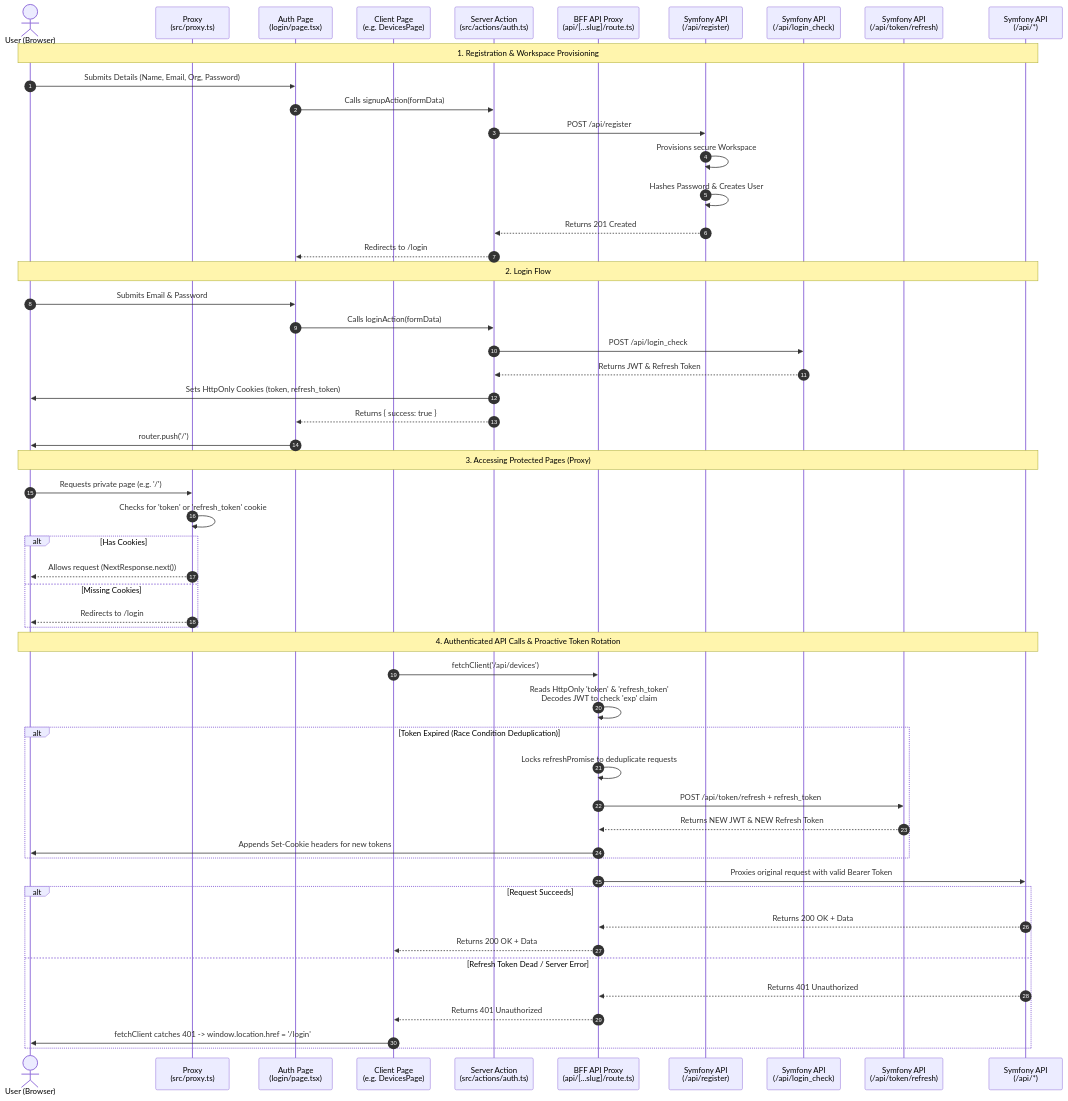
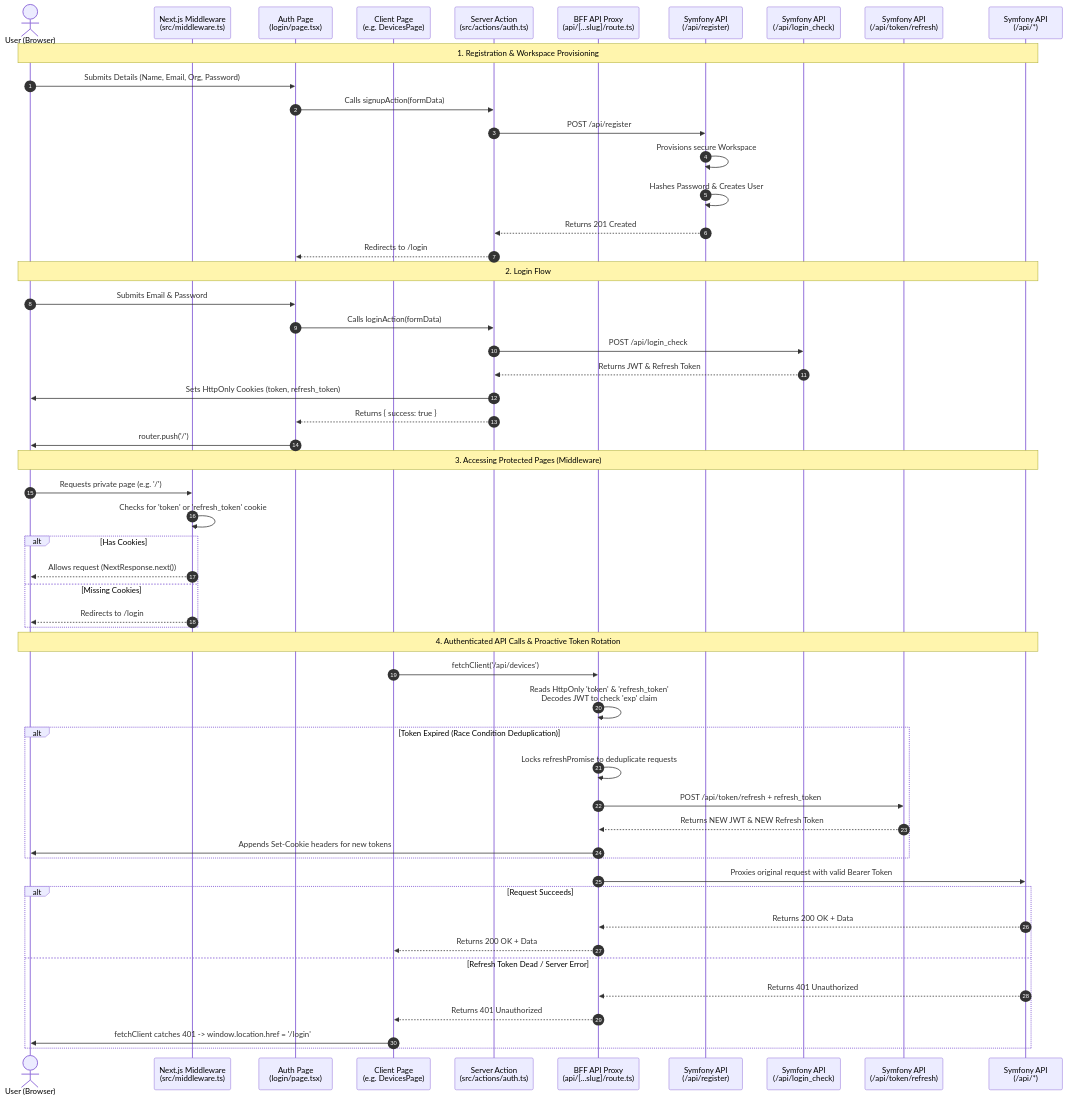
The diagram in authentification_Flow.md (Mohammed-Zrirake/Plaisoram), drawn with Mermaid before and after one commit. The commit also changed other lines of this file and 12 other files, not shown here.

````diff
--- a/authentification_Flow.md
+++ b/authentification_Flow.md
@@ -7,60 +7,60 @@
 ```mermaid
 sequenceDiagram
     autonumber
     actor User as User (Browser)
-    participant NextJS_Middleware as Proxy<br/>(src/proxy.ts)
+    participant NextJS_Middleware as Next.js Middleware<br/>(src/middleware.ts)
     participant NextJS_Page as Auth Page<br/>(login/page.tsx)
     participant NextJS_Client as Client Page<br/>(e.g. DevicesPage)
     participant NextJS_Action as Server Action<br/>(src/actions/auth.ts)
     participant NextJS_Proxy as BFF API Proxy<br/>(api/[...slug]/route.ts)
     participant Symfony_Register as Symfony API<br/>(/api/register)
     participant Symfony_Login as Symfony API<br/>(/api/login_check)
     participant Symfony_Refresh as Symfony API<br/>(/api/token/refresh)
     participant Symfony_Protected as Symfony API<br/>(/api/*)
 
     Note over User, Symfony_Protected: 1. Registration & Workspace Provisioning
     User->>NextJS_Page: Submits Details (Name, Email, Org, Password)
     NextJS_Page->>NextJS_Action: Calls signupAction(formData)
     NextJS_Action->>Symfony_Register: POST /api/register
     Symfony_Register->>Symfony_Register: Provisions secure Workspace
     Symfony_Register->>Symfony_Register: Hashes Password & Creates User
     Symfony_Register-->>NextJS_Action: Returns 201 Created
     NextJS_Action-->>NextJS_Page: Redirects to /login
 
     Note over User, Symfony_Protected: 2. Login Flow
     User->>NextJS_Page: Submits Email & Password
     NextJS_Page->>NextJS_Action: Calls loginAction(formData)
     NextJS_Action->>Symfony_Login: POST /api/login_check
     Symfony_Login-->>NextJS_Action: Returns JWT & Refresh Token
     NextJS_Action->>User: Sets HttpOnly Cookies (token, refresh_token)
     NextJS_Action-->>NextJS_Page: Returns { success: true }
     NextJS_Page->>User: router.push('/')
 
-    Note over User, Symfony_Protected: 3. Accessing Protected Pages (Proxy)
+    Note over User, Symfony_Protected: 3. Accessing Protected Pages (Middleware)
     User->>NextJS_Middleware: Requests private page (e.g. '/')
     NextJS_Middleware->>NextJS_Middleware: Checks for 'token' or 'refresh_token' cookie
     alt Has Cookies
         NextJS_Middleware-->>User: Allows request (NextResponse.next())
     else Missing Cookies
         NextJS_Middleware-->>User: Redirects to /login
     end
 
     Note over User, Symfony_Protected: 4. Authenticated API Calls & Proactive Token Rotation
     NextJS_Client->>NextJS_Proxy: fetchClient('/api/devices')
     NextJS_Proxy->>NextJS_Proxy: Reads HttpOnly 'token' & 'refresh_token'<br/>Decodes JWT to check 'exp' claim
     alt Token Expired (Race Condition Deduplication)
         NextJS_Proxy->>NextJS_Proxy: Locks refreshPromise to deduplicate requests
         NextJS_Proxy->>Symfony_Refresh: POST /api/token/refresh + refresh_token
         Symfony_Refresh-->>NextJS_Proxy: Returns NEW JWT & NEW Refresh Token
         NextJS_Proxy->>User: Appends Set-Cookie headers for new tokens
     end
     NextJS_Proxy->>Symfony_Protected: Proxies original request with valid Bearer Token
     alt Request Succeeds
         Symfony_Protected-->>NextJS_Proxy: Returns 200 OK + Data
         NextJS_Proxy-->>NextJS_Client: Returns 200 OK + Data
     else Refresh Token Dead / Server Error
         Symfony_Protected-->>NextJS_Proxy: Returns 401 Unauthorized
         NextJS_Proxy-->>NextJS_Client: Returns 401 Unauthorized
         NextJS_Client->>User: fetchClient catches 401 -> window.location.href = '/login'
     end
 ```
````
